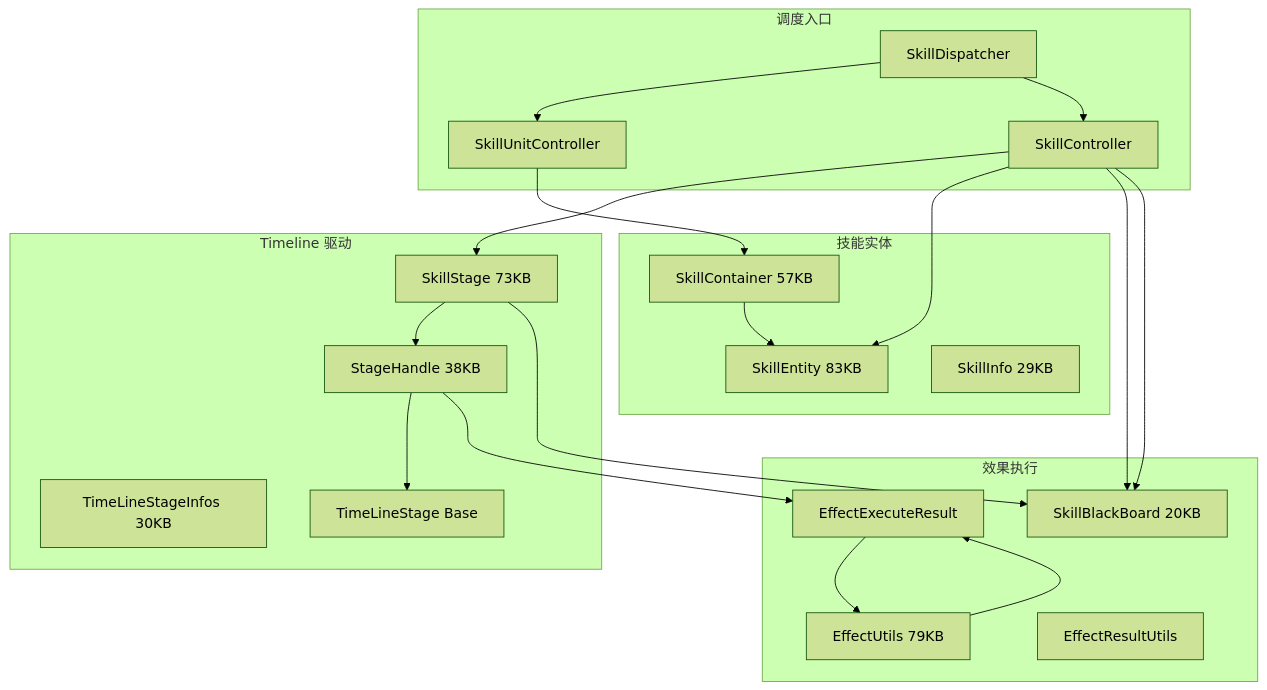
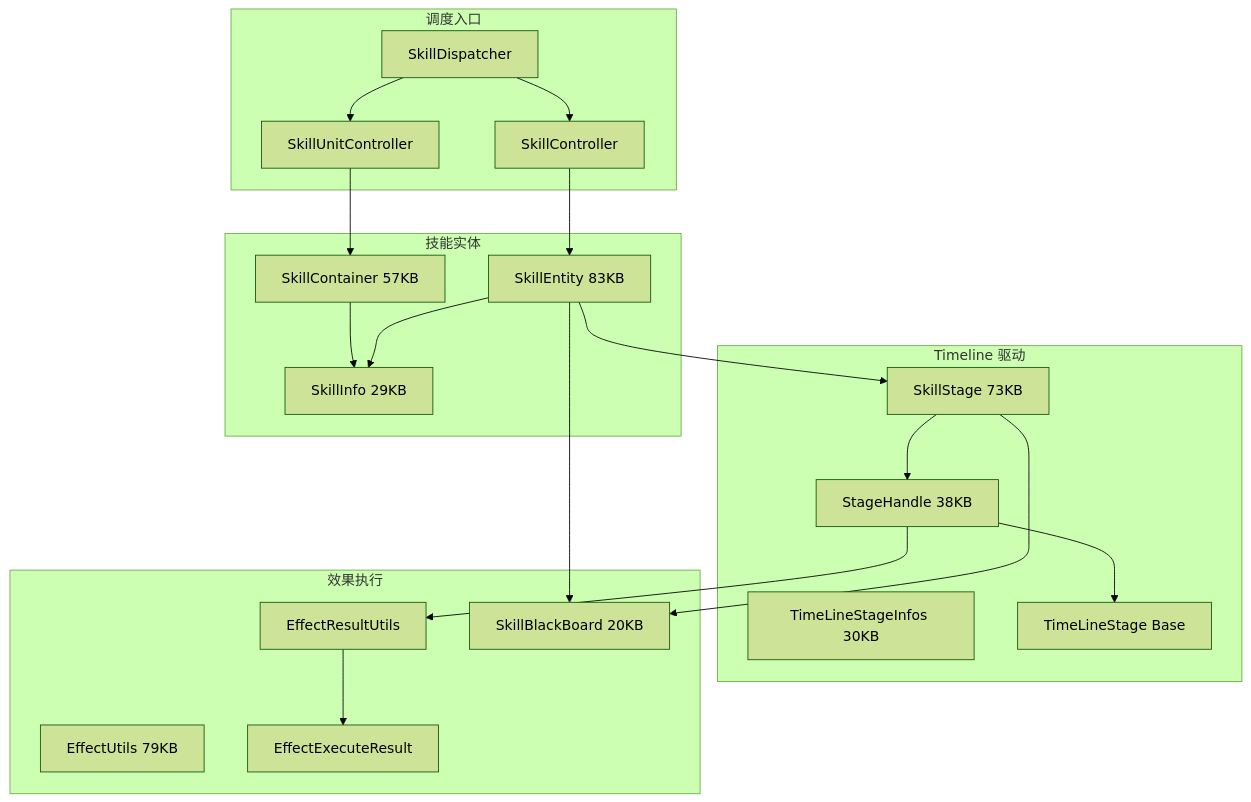
The first of 2 diagrams in diagrams/battle/L3A_SKILL_ENGINE_CORE.md (BoyLei/Stars), drawn with Mermaid (forest theme) before and after one commit. The commit also changed other lines of this file and 15 other files, not shown here.

````diff
--- a/diagrams/battle/L3A_SKILL_ENGINE_CORE.md
+++ b/diagrams/battle/L3A_SKILL_ENGINE_CORE.md
@@ -9,35 +9,36 @@
 ```mermaid
 flowchart TB
     subgraph 调度["调度入口"]
         SD[SkillDispatcher]
         SUC[SkillUnitController]
         SC[SkillController]
     end
     subgraph 实体["技能实体"]
         SE[SkillEntity 83KB]
         SCON[SkillContainer 57KB]
         SINFO[SkillInfo 29KB]
     end
     subgraph 时间轴["Timeline 驱动"]
         SS[SkillStage 73KB]
         SH[StageHandle 38KB]
         TLS[TimeLineStageInfos 30KB]
         TLI[TimeLineStage Base]
     end
     subgraph 效果["效果执行"]
         EU[EffectUtils 79KB]
         EER[EffectExecuteResult]
         ERU[EffectResultUtils]
         SBP[SkillBlackBoard 20KB]
     end
 
     SD --> SUC & SC
     SUC --> SCON
-    SCON --> SE
-    SC --> SS & SE & SBP
+    SCON --> SINFO
+    SC --> SE
+    SE --> SINFO
+    SE --> SS
+    SE --> SBP
     SS --> SH --> TLI
-    SH --> EER --> EU
-    EU --> EER
+    SH --> ERU --> EER
     SS --> SBP
-    SC --> SBP
 ```
````
